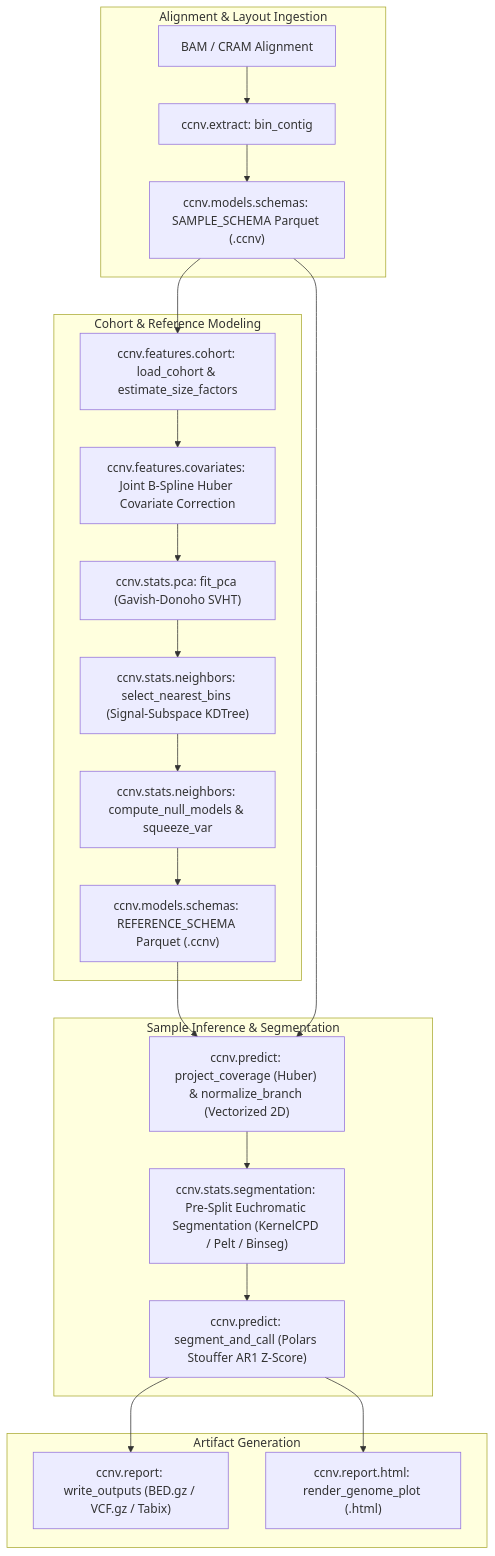
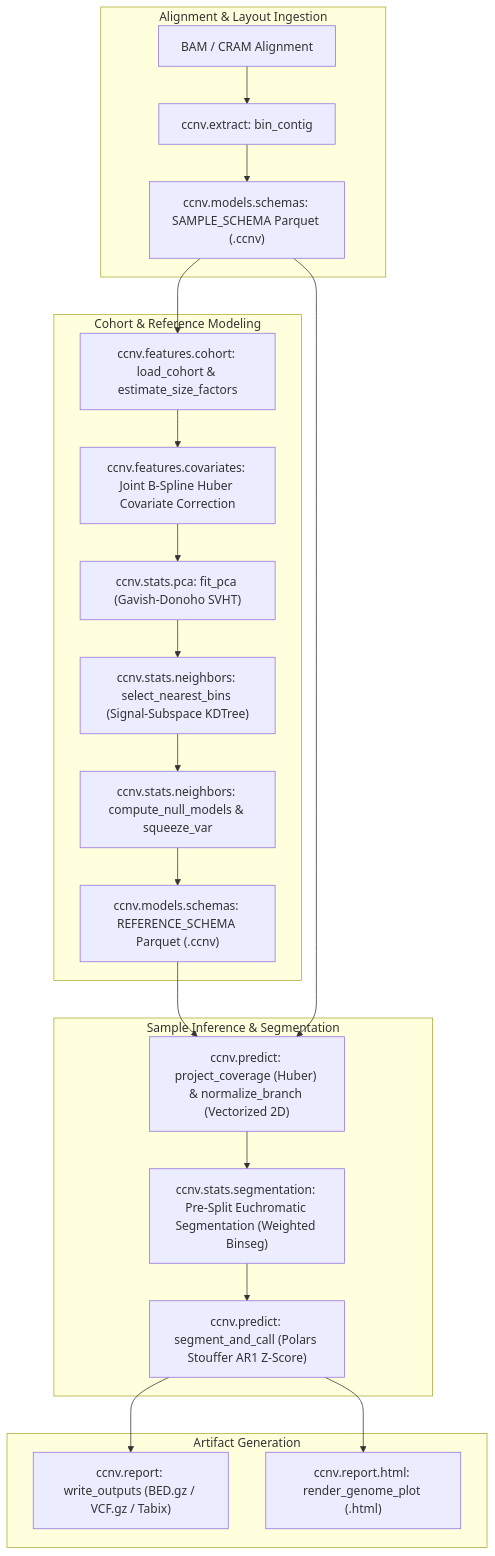
Before and after one commit to matthdsm/ccnv: the diagram in src/ccnv/README.md, drawn with Mermaid. The commit also changed 24 other files, not shown here.

````diff
--- a/src/ccnv/README.md
+++ b/src/ccnv/README.md
@@ -7,25 +7,25 @@
 ```mermaid
 flowchart TD
     subgraph Ingestion["Alignment & Layout Ingestion"]
         A["BAM / CRAM Alignment"] --> B["ccnv.extract: bin_contig"]
         B --> C["ccnv.models.schemas: SAMPLE_SCHEMA Parquet (.ccnv)"]
     end
     subgraph ReferenceModeling["Cohort & Reference Modeling"]
         C --> D["ccnv.features.cohort: load_cohort & estimate_size_factors"]
         D --> E["ccnv.features.covariates: Joint B-Spline Huber Covariate Correction"]
         E --> F["ccnv.stats.pca: fit_pca (Gavish-Donoho SVHT)"]
         F --> G["ccnv.stats.neighbors: select_nearest_bins (Signal-Subspace KDTree)"]
         G --> H["ccnv.stats.neighbors: compute_null_models & squeeze_var"]
         H --> I["ccnv.models.schemas: REFERENCE_SCHEMA Parquet (.ccnv)"]
     end
     subgraph Inference["Sample Inference & Segmentation"]
         I --> J["ccnv.predict: project_coverage (Huber) & normalize_branch (Vectorized 2D)"]
         C --> J
-        J --> K["ccnv.stats.segmentation: Pre-Split Euchromatic Segmentation (KernelCPD / Pelt / Binseg)"]
+        J --> K["ccnv.stats.segmentation: Pre-Split Euchromatic Segmentation (Weighted Binseg)"]
         K --> L["ccnv.predict: segment_and_call (Polars Stouffer AR1 Z-Score)"]
     end
     subgraph Reporting["Artifact Generation"]
         L --> M["ccnv.report: write_outputs (BED.gz / VCF.gz / Tabix)"]
         L --> N["ccnv.report.html: render_genome_plot (.html)"]
     end
 ```
````
